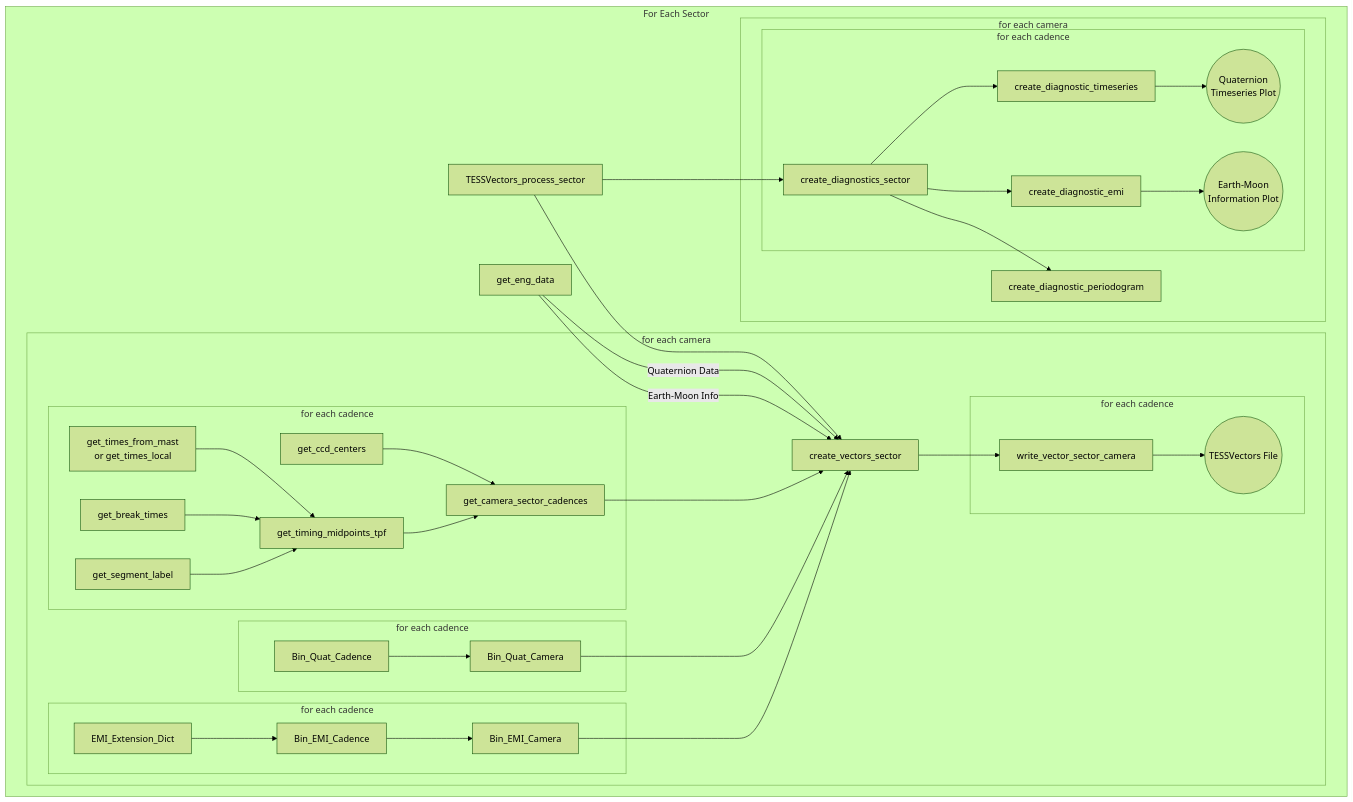
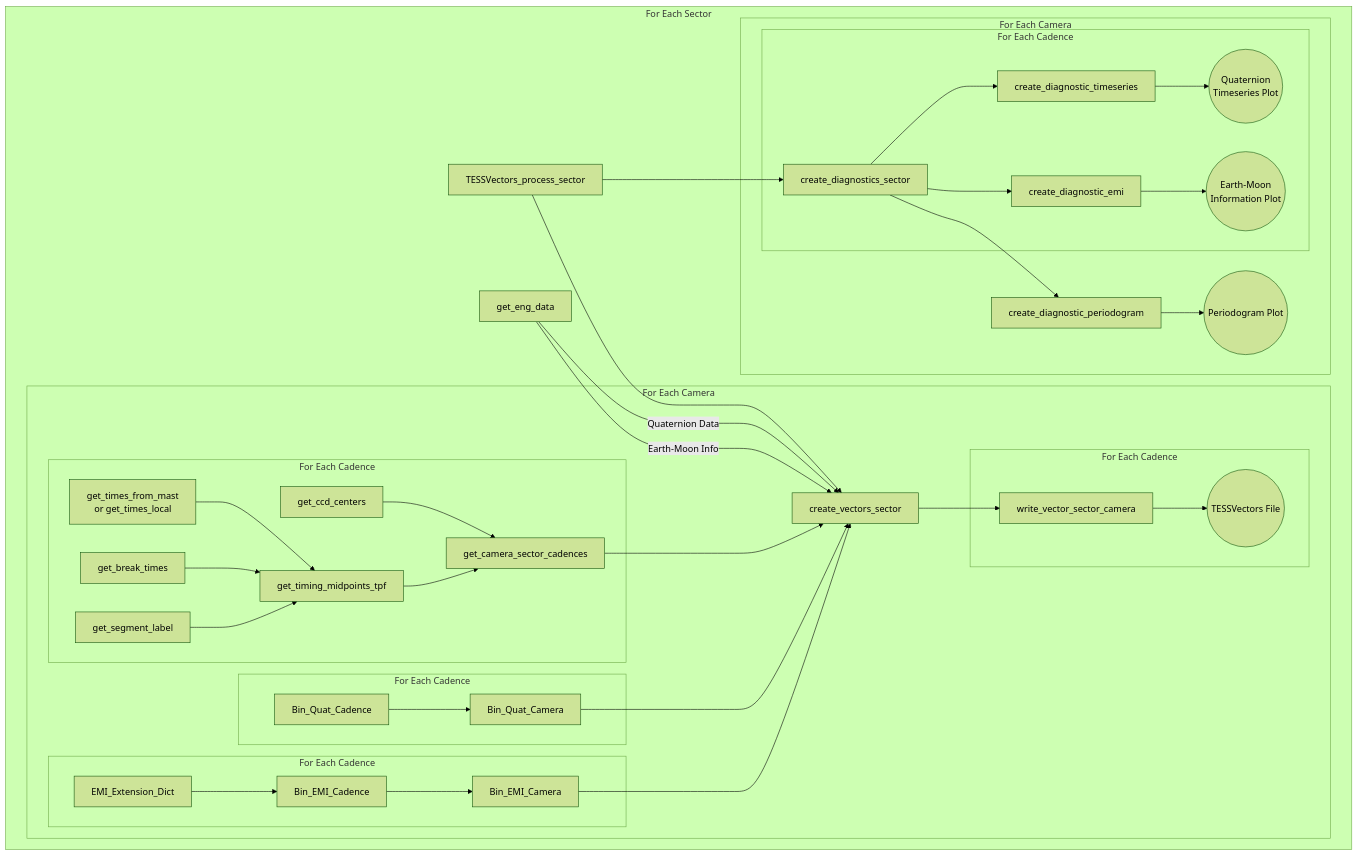
One commit to tessgi/tessvectors changed the diagram in README.md. Above: the diagram before and after it, drawn with Mermaid (forest theme). The commit also changed other lines of this file, not shown here.

Commit message:
mermaid update test

````diff
--- a/README.md
+++ b/README.md
@@ -77,53 +78,53 @@
 ```mermaid
 flowchart TD
     subgraph For Each Sector
     TESSVectors_process_sector --> create_vectors_sector
     get_eng_data --> |Quaternion Data| create_vectors_sector
     get_eng_data --> |Earth-Moon Info| create_vectors_sector
-    subgraph for each camera
+    subgraph For Each Camera
     get_camera_sector_cadences --> create_vectors_sector
     
-    subgraph for each cadence
+    subgraph For Each Cadence
     get_ccd_centers --> get_camera_sector_cadences
     get_timing_midpoints_tpf --> get_camera_sector_cadences
     gettimes[get_times_from_mast
             or get_times_local] --> get_timing_midpoints_tpf
     get_break_times --> get_timing_midpoints_tpf
     get_segment_label --> get_timing_midpoints_tpf
     end
     
     Bin_Quat_Camera --> create_vectors_sector
 
-    subgraph for each cadence
+    subgraph For Each Cadence
     Bin_Quat_Cadence --> Bin_Quat_Camera
     end
 
     Bin_EMI_Camera --> create_vectors_sector
-    subgraph for each cadence
+    subgraph For Each Cadence
     Bin_EMI_Cadence --> Bin_EMI_Camera
     EMI_Extension_Dict --> Bin_EMI_Cadence
     end
 
 
     create_vectors_sector --> write_vector_sector_camera
     
-    subgraph for each cadence
+    subgraph For Each Cadence
     write_vector_sector_camera --> Output((TESSVectors File))
     end
 
     end
 
     TESSVectors_process_sector --> create_diagnostics_sector
 
-    subgraph for each camera
-    subgraph for each cadence 
+    subgraph For Each Camera
+    subgraph For Each Cadence 
     create_diagnostics_sector --> create_diagnostic_timeseries --> OT((Quaternion 
     Timeseries Plot))
     create_diagnostics_sector --> create_diagnostic_emi --> OE((Earth-Moon 
     Information Plot))
     end
-    create_diagnostics_sector --> create_diagnostic_periodogram
+    create_diagnostics_sector --> create_diagnostic_periodogram --> OP((Periodogram Plot))
     end
 
     end
 ```
````
